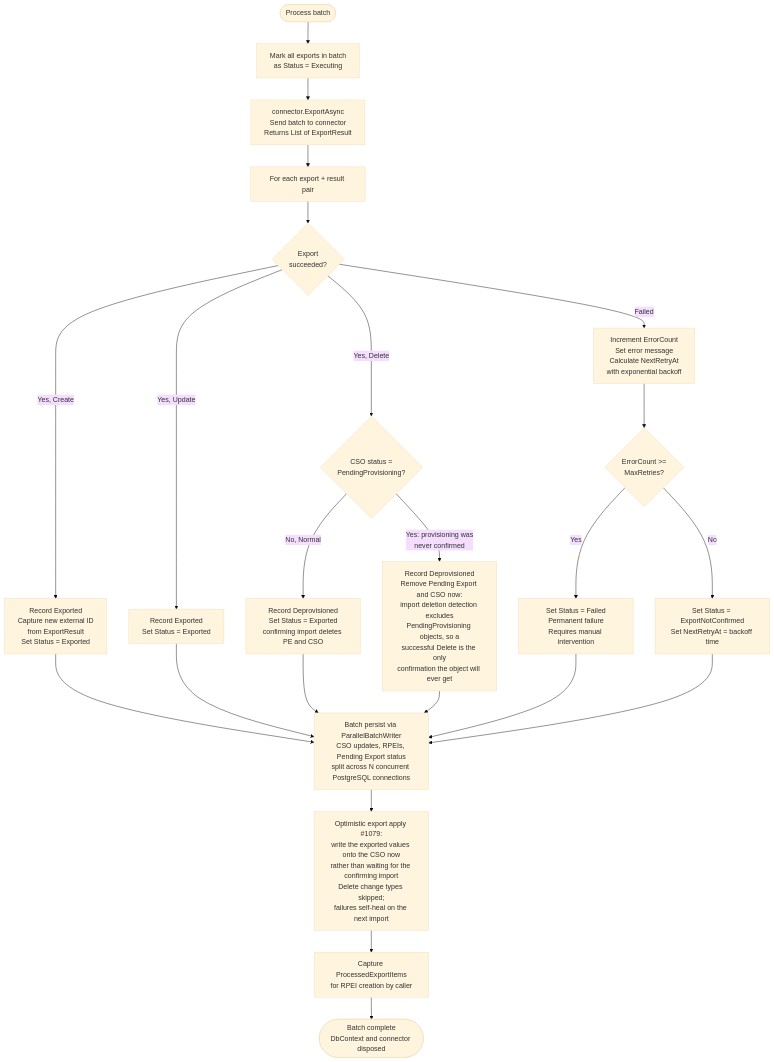
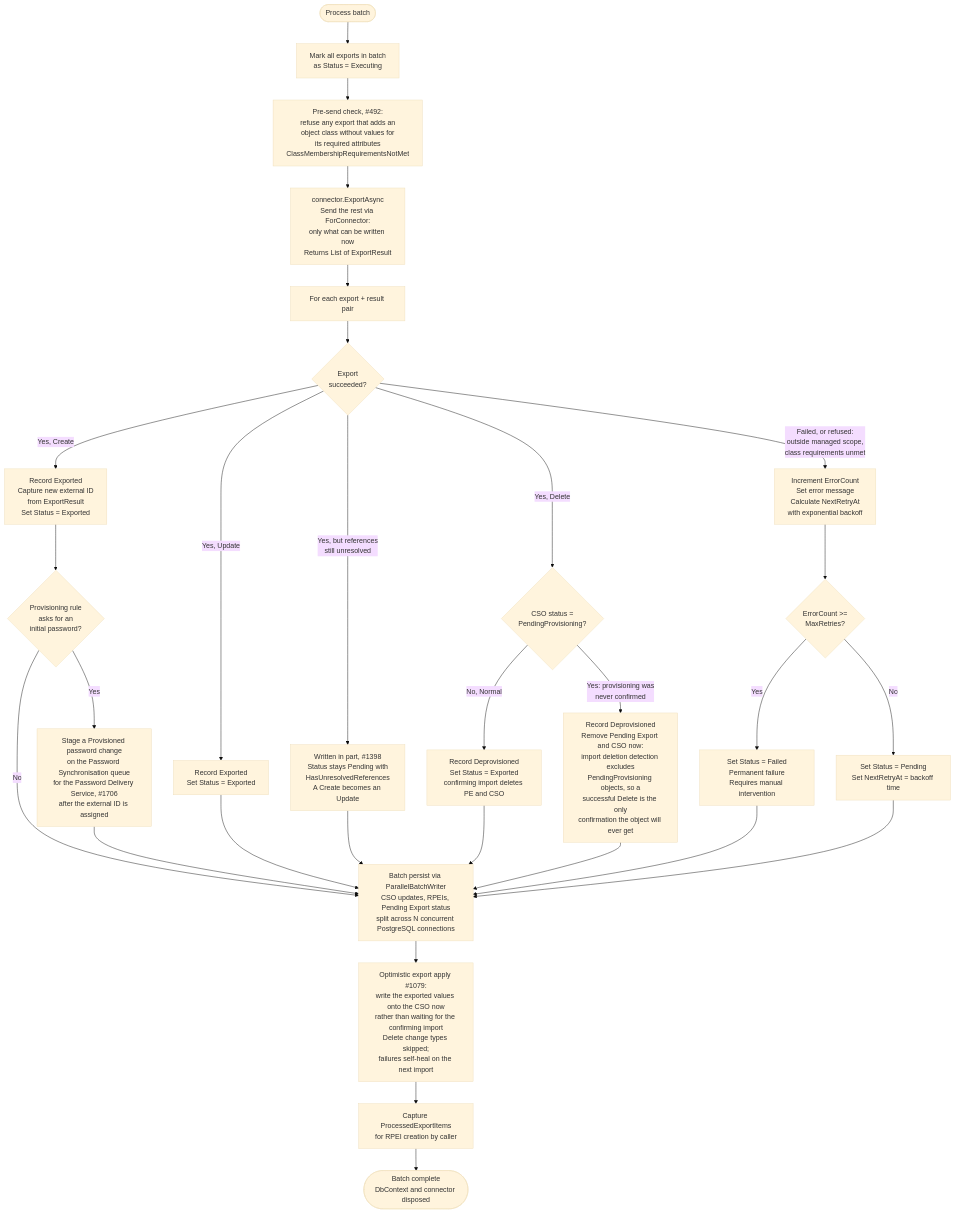
One commit to TetronIO/JIM changed the third of 5 diagrams in docs/developer/diagrams/EXPORT_EXECUTION_FLOW.md. Above: the diagram before and after it, drawn with Mermaid (base theme). The commit also changed other lines of this file and 49 other files, not shown here.

Commit message:
docs: update documentation, diagrams and changelog for v0.15.0 release

````diff
--- a/docs/developer/diagrams/EXPORT_EXECUTION_FLOW.md
+++ b/docs/developer/diagrams/EXPORT_EXECUTION_FLOW.md
@@ -99,29 +107,35 @@
 ```mermaid
 flowchart TD
     Start([Process batch]) --> MarkExecuting[Mark all exports in batch<br/>as Status = Executing]
-    MarkExecuting --> CallConnector[connector.ExportAsync<br/>Send batch to connector<br/>Returns List of ExportResult]
+    MarkExecuting --> ClassCheck[Pre-send check, #492:<br/>refuse any export that adds an<br/>object class without values for<br/>its required attributes<br/>ClassMembershipRequirementsNotMet]
+    ClassCheck --> CallConnector[connector.ExportAsync<br/>Send the rest via ForConnector:<br/>only what can be written now<br/>Returns List of ExportResult]
     CallConnector --> ProcessResults[For each export + result pair]
     ProcessResults --> CheckResult{Export<br/>succeeded?}
 
     CheckResult -->|Yes, Create| HandleCreate[Record Exported<br/>Capture new external ID<br/>from ExportResult<br/>Set Status = Exported]
     CheckResult -->|Yes, Update| HandleUpdate[Record Exported<br/>Set Status = Exported]
+    CheckResult -->|Yes, but references<br/>still unresolved| HandlePartial[Written in part, #1398<br/>Status stays Pending with<br/>HasUnresolvedReferences<br/>A Create becomes an Update]
     CheckResult -->|Yes, Delete| CsoStatus{CSO status =<br/>PendingProvisioning?}
     CsoStatus -->|No, Normal| HandleDelete[Record Deprovisioned<br/>Set Status = Exported<br/>confirming import deletes PE and CSO]
     CsoStatus -->|Yes: provisioning was<br/>never confirmed| HandleUnconfirmedDelete[Record Deprovisioned<br/>Remove Pending Export and CSO now:<br/>import deletion detection excludes<br/>PendingProvisioning objects, so a<br/>successful Delete is the only<br/>confirmation the object will ever get]
-    CheckResult -->|Failed| HandleFail[Increment ErrorCount<br/>Set error message<br/>Calculate NextRetryAt<br/>with exponential backoff]
+    CheckResult -->|Failed, or refused:<br/>outside managed scope,<br/>class requirements unmet| HandleFail[Increment ErrorCount<br/>Set error message<br/>Calculate NextRetryAt<br/>with exponential backoff]
 
-    HandleCreate --> Persist
+    HandleCreate --> InitialPassword{Provisioning rule<br/>asks for an<br/>initial password?}
+    InitialPassword -->|Yes| StagePassword[Stage a Provisioned password change<br/>on the Password Synchronisation queue<br/>for the Password Delivery Service, #1706<br/>after the external ID is assigned]
+    InitialPassword -->|No| Persist
+    StagePassword --> Persist
     HandleUpdate --> Persist
+    HandlePartial --> Persist
     HandleDelete --> Persist
     HandleUnconfirmedDelete --> Persist
     HandleFail --> CheckMaxRetries{ErrorCount >=<br/>MaxRetries?}
     CheckMaxRetries -->|Yes| MarkFailed[Set Status = Failed<br/>Permanent failure<br/>Requires manual intervention]
-    CheckMaxRetries -->|No| SetRetry[Set Status = ExportNotConfirmed<br/>Set NextRetryAt = backoff time]
+    CheckMaxRetries -->|No| SetRetry[Set Status = Pending<br/>Set NextRetryAt = backoff time]
     MarkFailed --> Persist
     SetRetry --> Persist
 
     Persist[Batch persist via ParallelBatchWriter<br/>CSO updates, RPEIs, Pending Export status<br/>split across N concurrent PostgreSQL connections]
     Persist --> Optimistic[Optimistic export apply #1079:<br/>write the exported values onto the CSO now<br/>rather than waiting for the confirming import<br/>Delete change types skipped;<br/>failures self-heal on the next import]
     Optimistic --> CaptureItems[Capture ProcessedExportItems<br/>for RPEI creation by caller]
     CaptureItems --> Done([Batch complete<br/>DbContext and connector disposed])
 ```
````
